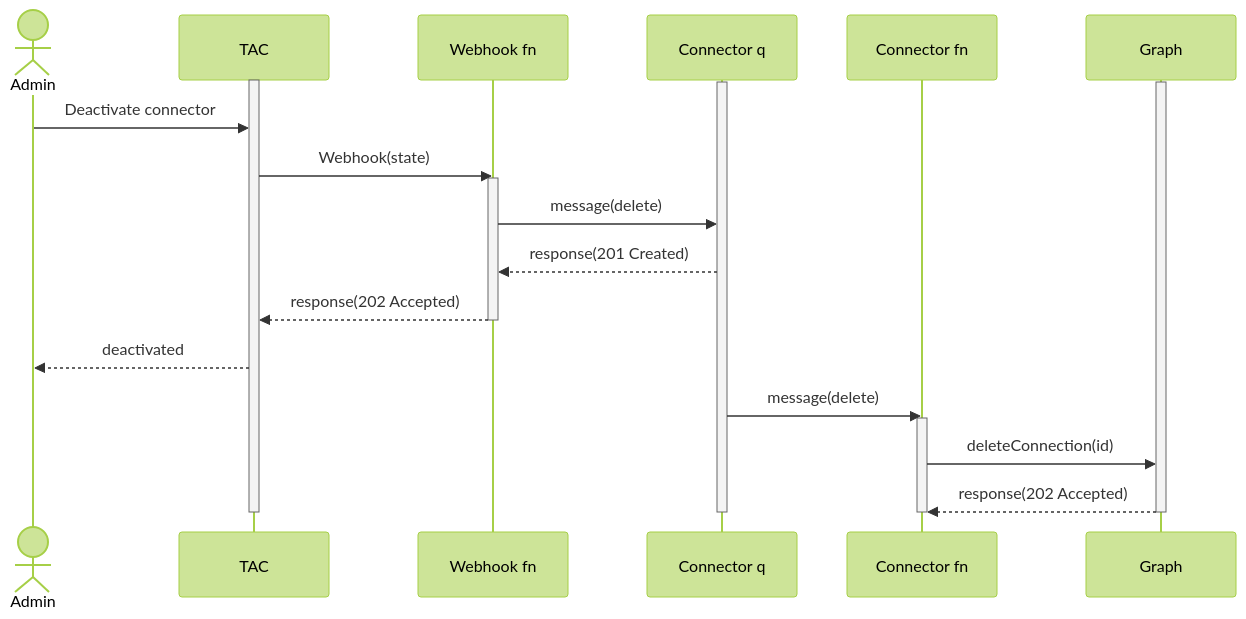
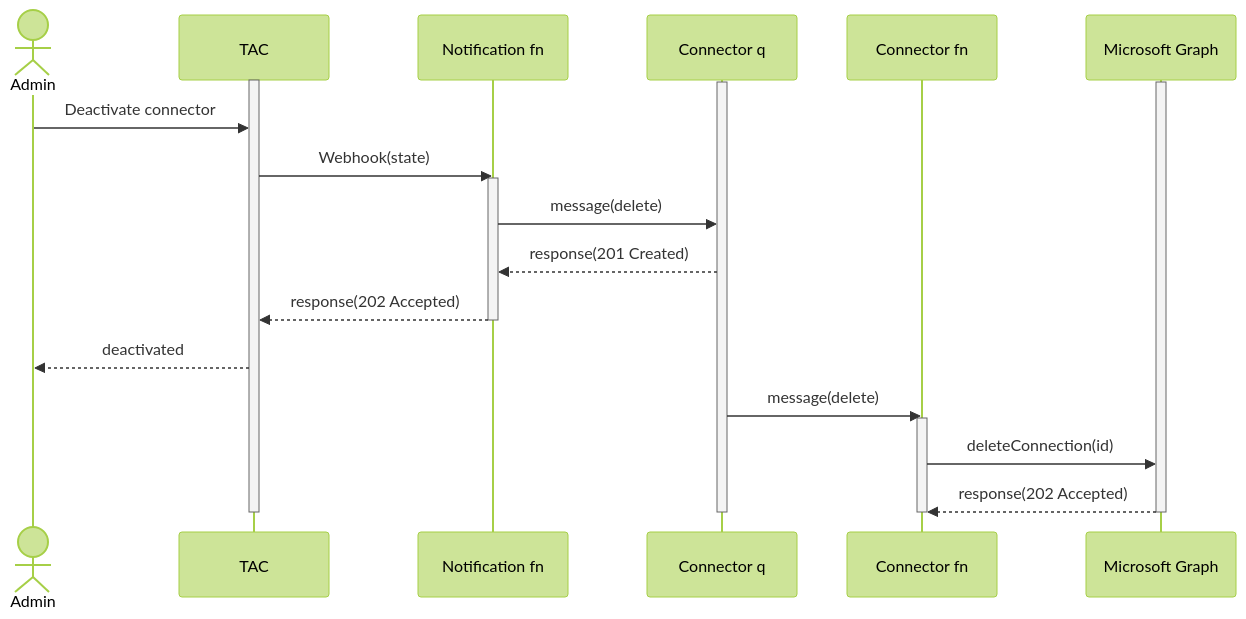
Before and after one commit to garrytrinder/food-catalog-graph-connector: the second of 6 diagrams in readme.md, drawn with Mermaid (forest theme). The commit also changed other lines of this file, not shown here.

Commit message:
Adds deletion diagram Updates diagrams

````diff
--- a/readme.md
+++ b/readme.md
@@ -90,32 +90,32 @@
 ```mermaid
 sequenceDiagram
   actor Admin
   participant TAC
-  participant Webhook fn
+  participant Notification fn
   participant Connector q
   participant Connector fn
-  participant Graph
+  participant Microsoft Graph
   
   activate TAC
   activate Connector q
-  activate Graph
+  activate Microsoft Graph
 
   Admin->>TAC:Deactivate connector
-  TAC->>Webhook fn:Webhook(state)
-  activate Webhook fn
-  Webhook fn->>Connector q:message(delete)
-  Connector q-->>Webhook fn:response(201 Created)
-  Webhook fn-->>TAC:response(202 Accepted)
-  deactivate Webhook fn
+  TAC->>Notification fn:Webhook(state)
+  activate Notification fn
+  Notification fn->>Connector q:message(delete)
+  Connector q-->>Notification fn:response(201 Created)
+  Notification fn-->>TAC:response(202 Accepted)
+  deactivate Notification fn
   TAC-->>Admin:deactivated
 
   Connector q->>Connector fn:message(delete)
   activate Connector fn
-  Connector fn->>Graph:deleteConnection(id)
-  Graph-->>Connector fn:response(202 Accepted)
+  Connector fn->>Microsoft Graph:deleteConnection(id)
+  Microsoft Graph-->>Connector fn:response(202 Accepted)
   deactivate Connector fn
   
-  deactivate Graph
+  deactivate Microsoft Graph
   deactivate Connector q
   deactivate TAC
 ```
````
